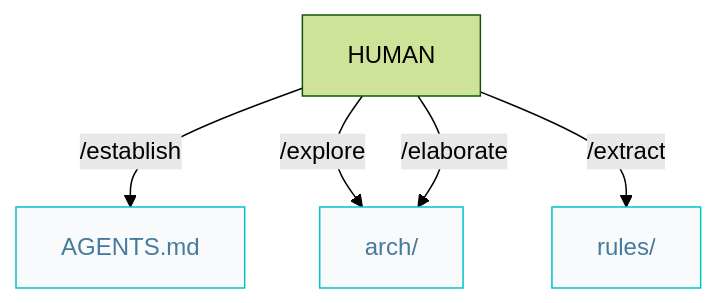
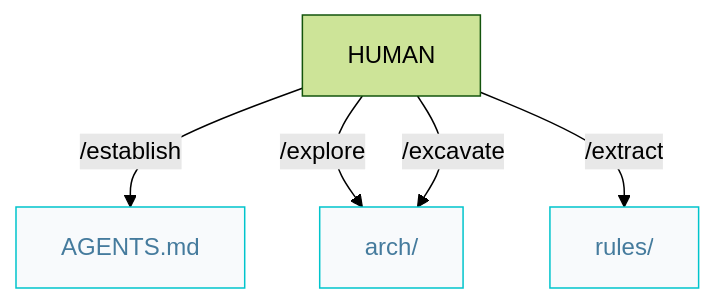
One commit to AIDDbot/AIDDbot changed the first of 3 diagrams in docs/architect.pipelines.md. Above: the diagram before and after it, drawn with Mermaid (forest theme). The commit also changed other lines of this file and 13 other files, not shown here.

First line of the commit message:
docs: rename elaborate skill to excavate

````diff
--- a/docs/architect.pipelines.md
+++ b/docs/architect.pipelines.md
@@ -7,14 +7,14 @@
 ```mermaid
 flowchart TD  
   HUM[HUMAN]
   AGT["AGENTS.md"]:::nd
   ARC["arch/"]:::nd
   RUL["rules/"]:::nd
 
   HUM -->|/establish| AGT
   HUM -->|/explore| ARC
-  HUM -->|/elaborate| ARC
+  HUM -->|/excavate| ARC
   HUM -->|/extract| RUL
 
   classDef nd fill:#f8fafc,stroke:#00c4cc,color:#457b9d
 ```
````
